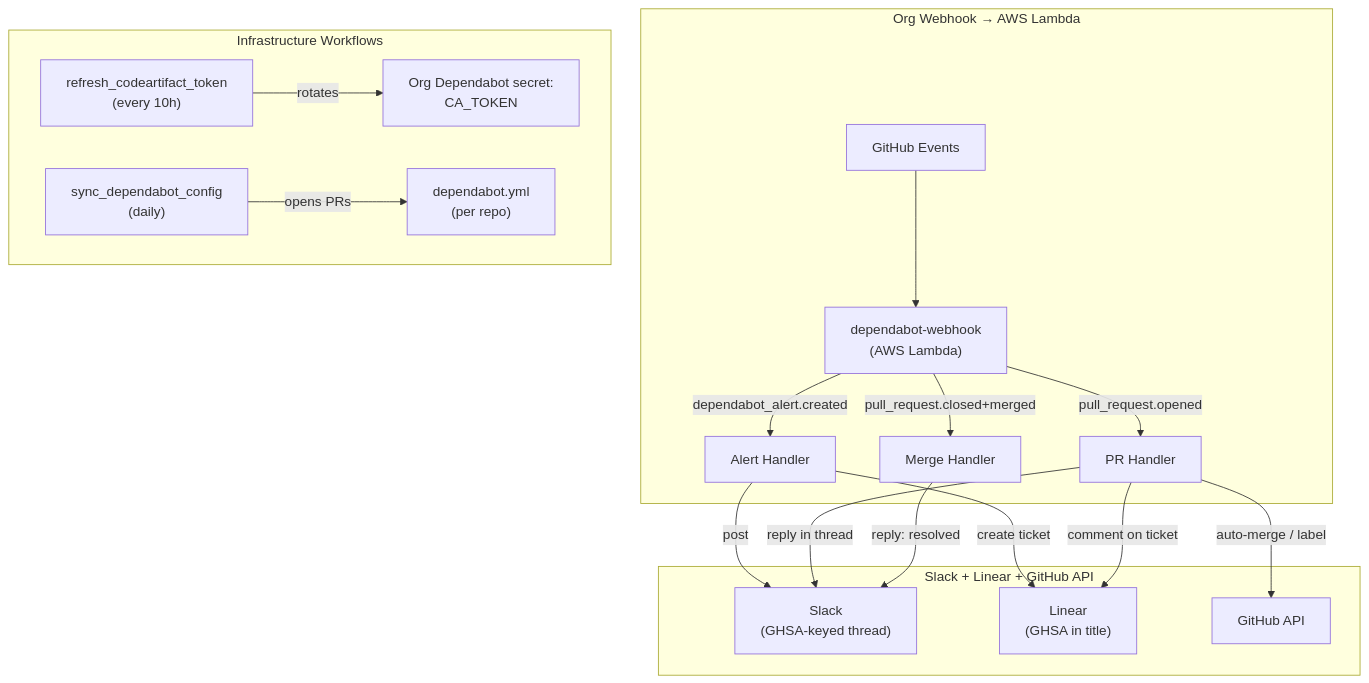
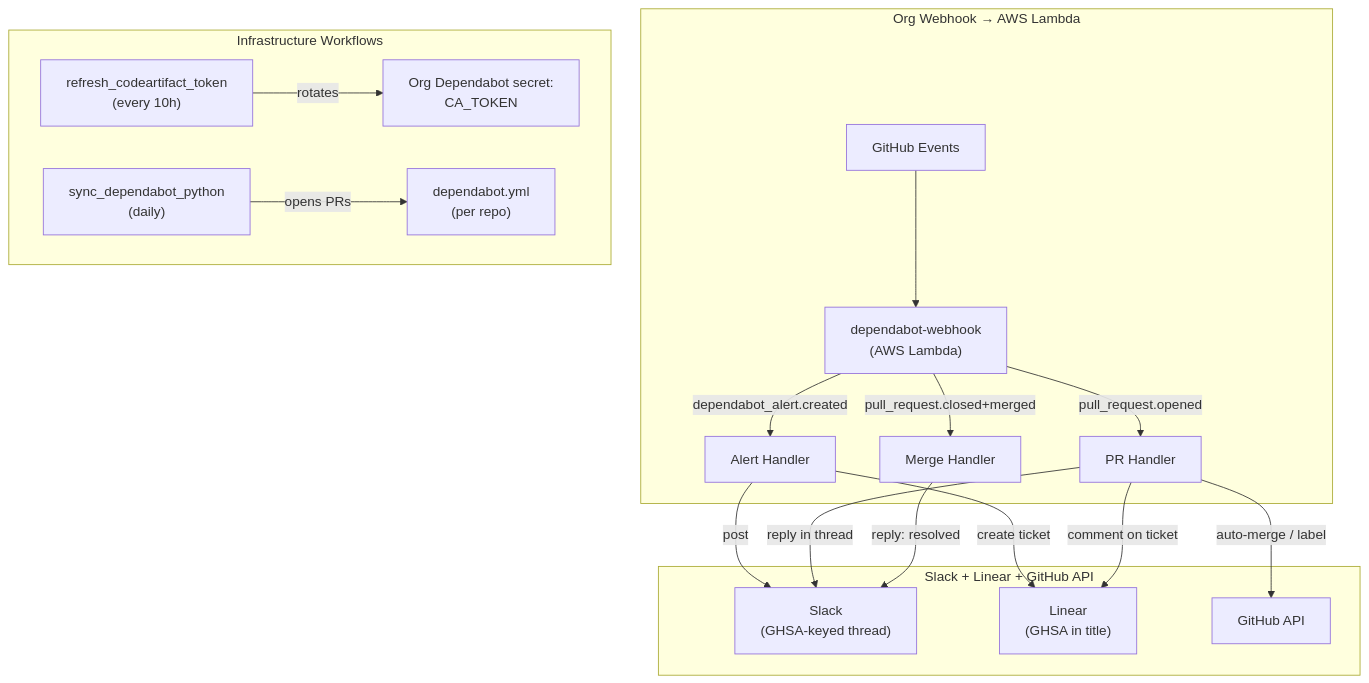
Before and after one commit to amera-apps/.github: the first of 4 diagrams in README.md, drawn with Mermaid. The commit also changed other lines of this file and 1 other file, not shown here.

````diff
--- a/README.md
+++ b/README.md
@@ -10,23 +10,23 @@
 ```mermaid
 graph TD
     subgraph webhook ["Org Webhook → AWS Lambda"]
         GH["GitHub Events"] --> Lambda["dependabot-webhook\n(AWS Lambda)"]
         Lambda -->|"dependabot_alert.created"| AlertHandler[Alert Handler]
         Lambda -->|"pull_request.opened"| PRHandler[PR Handler]
         Lambda -->|"pull_request.closed+merged"| MergeHandler[Merge Handler]
     end
 
     subgraph actions ["Slack + Linear + GitHub API"]
         AlertHandler -->|"post"| Slack["Slack\n(GHSA-keyed thread)"]
         AlertHandler -->|"create ticket"| Linear["Linear\n(GHSA in title)"]
         PRHandler -->|"reply in thread"| Slack
         PRHandler -->|"comment on ticket"| Linear
         PRHandler -->|"auto-merge / label"| GitHubAPI[GitHub API]
         MergeHandler -->|"reply: resolved"| Slack
     end
 
     subgraph infra [Infrastructure Workflows]
         Refresh["refresh_codeartifact_token\n(every 10h)"] -->|"rotates"| CASecret["Org Dependabot secret:\nCA_TOKEN"]
-        Sync["sync_dependabot_config\n(daily)"] -->|"opens PRs"| DYml["dependabot.yml\n(per repo)"]
+        Sync["sync_dependabot_python\n(daily)"] -->|"opens PRs"| DYml["dependabot.yml\n(per repo)"]
     end
 ```
````
